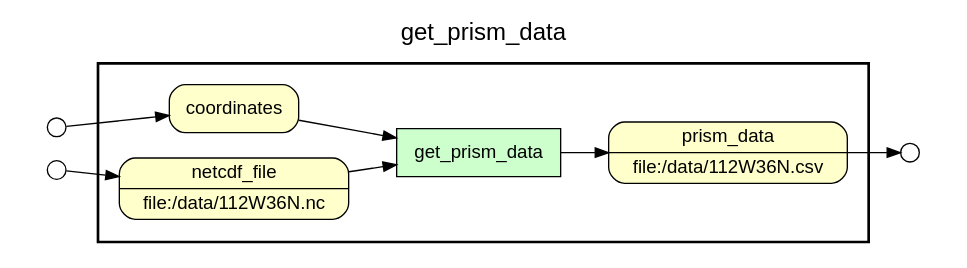
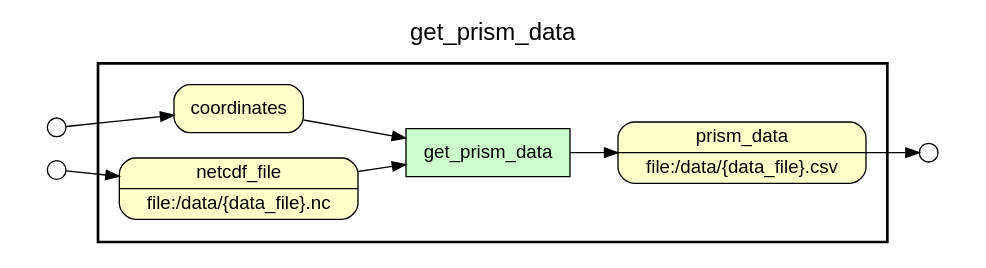
One commit to idaks/wt-prov-Summer-2017 changed the diagram in .prov_scripts/gv_files/get_prism_data.gv. Above: the diagram before and after it, drawn with Graphviz. The commit also changed 37 other files, not shown here.

```diff
--- a/.prov_scripts/gv_files/get_prism_data.gv
+++ b/.prov_scripts/gv_files/get_prism_data.gv
@@ -1,32 +1,32 @@
 digraph Workflow {
 rankdir=LR
 fontname=Helvetica; fontsize=18; labelloc=t
 label=get_prism_data
 subgraph cluster_workflow_box_outer { label=""; color=black; penwidth=2
 subgraph cluster_workflow_box_inner { label=""; penwidth=0
 node[shape=box style=filled fillcolor="#CCFFCC" peripheries=1 fontname=Helvetica]
 get_prism_data
 node[shape=box style="rounded,filled" fillcolor="#FFFFCC" peripheries=1 fontname=Helvetica]
-prism_data [shape=record rankdir=LR label="{{<f0> prism_data |<f1> file\:/data/112W36N.csv}}"];
+prism_data [shape=record rankdir=LR label="{{<f0> prism_data |<f1> file\:/data/\{data_file\}.csv}}"];
 coordinates
-netcdf_file [shape=record rankdir=LR label="{{<f0> netcdf_file |<f1> file\:/data/112W36N.nc}}"];
+netcdf_file [shape=record rankdir=LR label="{{<f0> netcdf_file |<f1> file\:/data/\{data_file\}.nc}}"];
 node[shape=box style="rounded,filled" fillcolor="#FCFCFC" peripheries=1 fontname=Helvetica]
 get_prism_data -> prism_data
 coordinates -> get_prism_data
 netcdf_file -> get_prism_data
 }}
 subgraph cluster_input_ports_group_outer { label=""; penwidth=0
 subgraph cluster_input_ports_group_inner { label=""; penwidth=0
 node[shape=circle style="rounded,filled" fillcolor="#FFFFFF" peripheries=1 fontname=Helvetica width=0.2]
 coordinates_input_port [label=""]
 netcdf_file_input_port [label=""]
 }}
 subgraph cluster_output_ports_group_outer { label=""; penwidth=0
 subgraph cluster_output_ports_group_inner { label=""; penwidth=0
 node[shape=circle style="rounded,filled" fillcolor="#FFFFFF" peripheries=1 fontname=Helvetica width=0.2]
 prism_data_output_port [label=""]
 }}
 coordinates_input_port -> coordinates
 netcdf_file_input_port -> netcdf_file
 prism_data -> prism_data_output_port
 }
```
